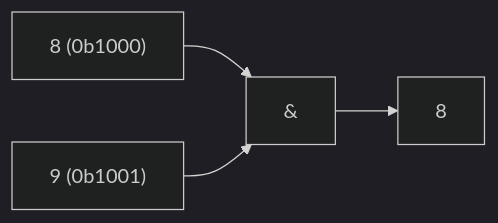
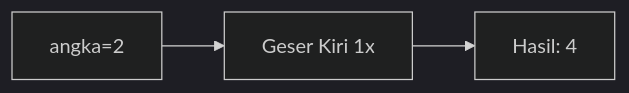
The sixth of 25 diagrams in part-c-pemahaman-cpp/06-bitwise/latihan/set-12.md (amnahwaida/OSNK_INF_PREP), drawn with Mermaid (dark theme) before and after one commit. The commit also changed other lines of this file and 71 other files, not shown here.

````diff
--- a/part-c-pemahaman-cpp/06-bitwise/latihan/set-12.md
+++ b/part-c-pemahaman-cpp/06-bitwise/latihan/set-12.md
@@ -152,6 +156,5 @@
 ```mermaid
 graph LR
-A["8 (0b1000)"] --> C["&"]
-B["9 (0b1001)"] --> C
-C --> D["8"]
+A["angka=2"] --> B["Geser Kiri 1x"]
+B --> C["Hasil: 4"]
 ```
````
